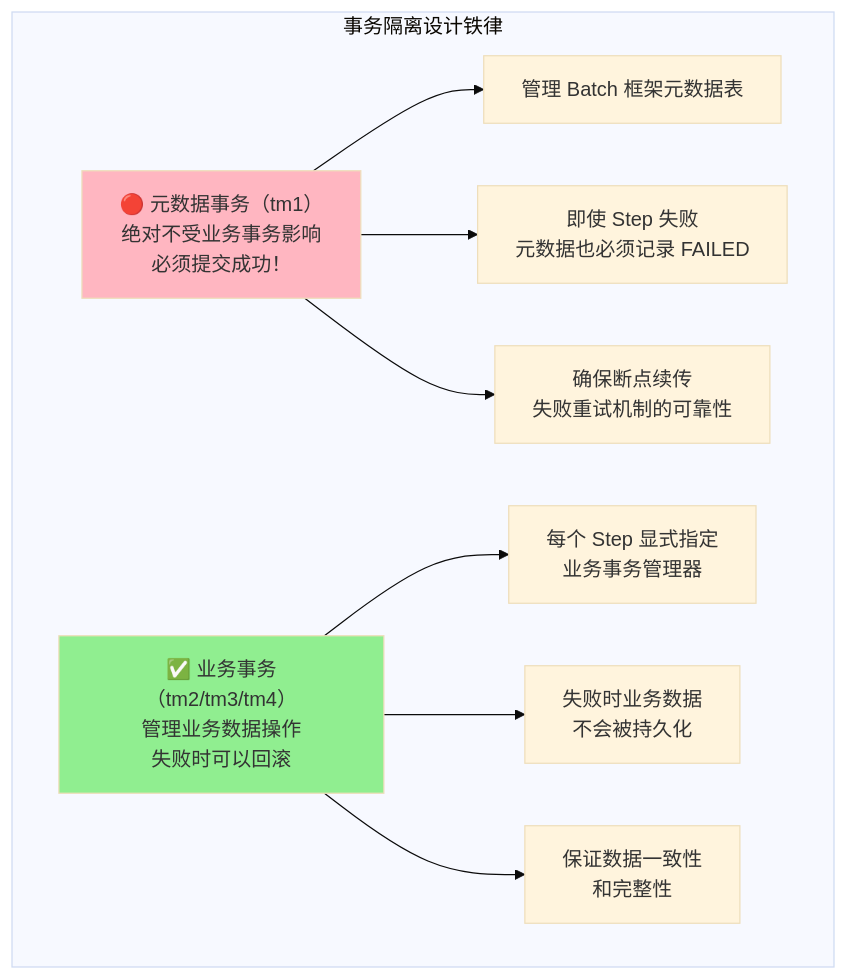
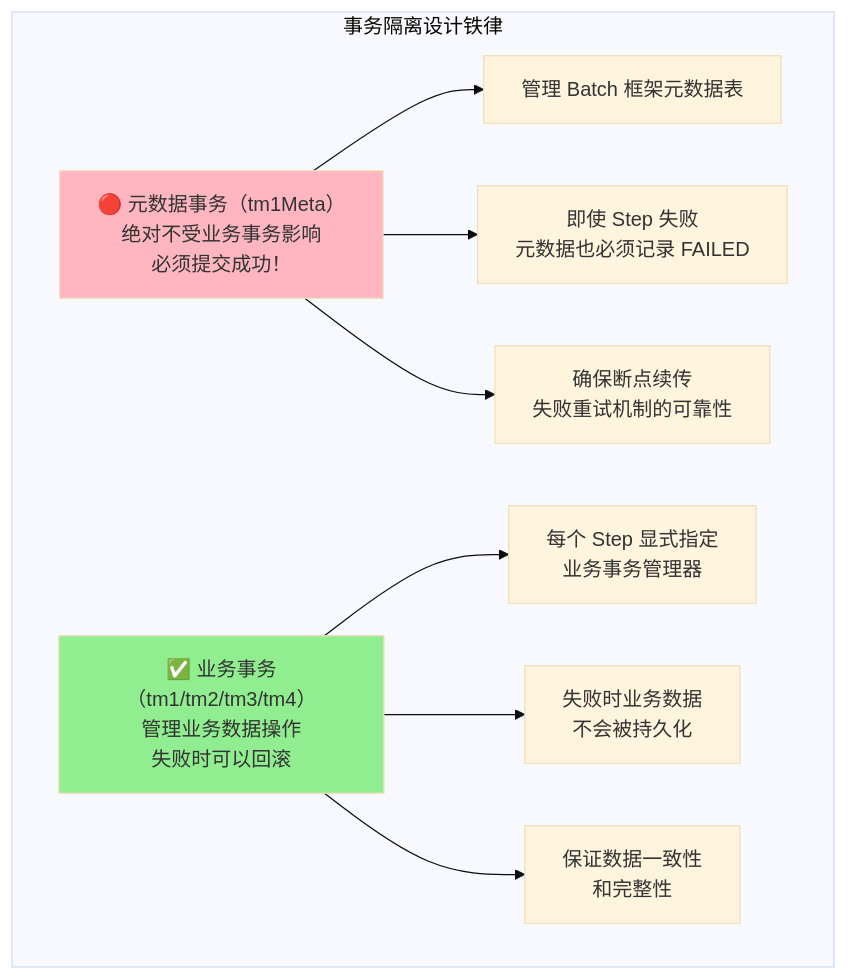
The first of 2 diagrams in docs/多数据源.md (SEVENTEEN-TAN/BatchWeaver), drawn with Mermaid (base theme) before and after one commit. The commit also changed other lines of this file and 6 other files, not shown here.

````diff
--- a/docs/多数据源.md
+++ b/docs/多数据源.md
@@ -26,18 +26,18 @@
 ```mermaid
 flowchart TB
     subgraph Isolation["事务隔离设计铁律"]
-        TM1["🔴 元数据事务（tm1）<br/>绝对不受业务事务影响<br/>必须提交成功！"]
-        TM2["✅ 业务事务（tm2/tm3/tm4）<br/>管理业务数据操作<br/>失败时可以回滚"]
+        TM1["🔴 元数据事务（tm1Meta）<br/>绝对不受业务事务影响<br/>必须提交成功！"]
+        TM2["✅ 业务事务（tm1/tm2/tm3/tm4）<br/>管理业务数据操作<br/>失败时可以回滚"]
 
         TM1 --> M1_1["管理 Batch 框架元数据表"]
         TM1 --> M1_2["即使 Step 失败<br/>元数据也必须记录 FAILED"]
         TM1 --> M1_3["确保断点续传<br/>失败重试机制的可靠性"]
 
         TM2 --> M2_1["每个 Step 显式指定<br/>业务事务管理器"]
         TM2 --> M2_2["失败时业务数据<br/>不会被持久化"]
         TM2 --> M2_3["保证数据一致性<br/>和完整性"]
     end
 
     style TM1 fill:#FFB6C1
     style TM2 fill:#90EE90
 ```
````
